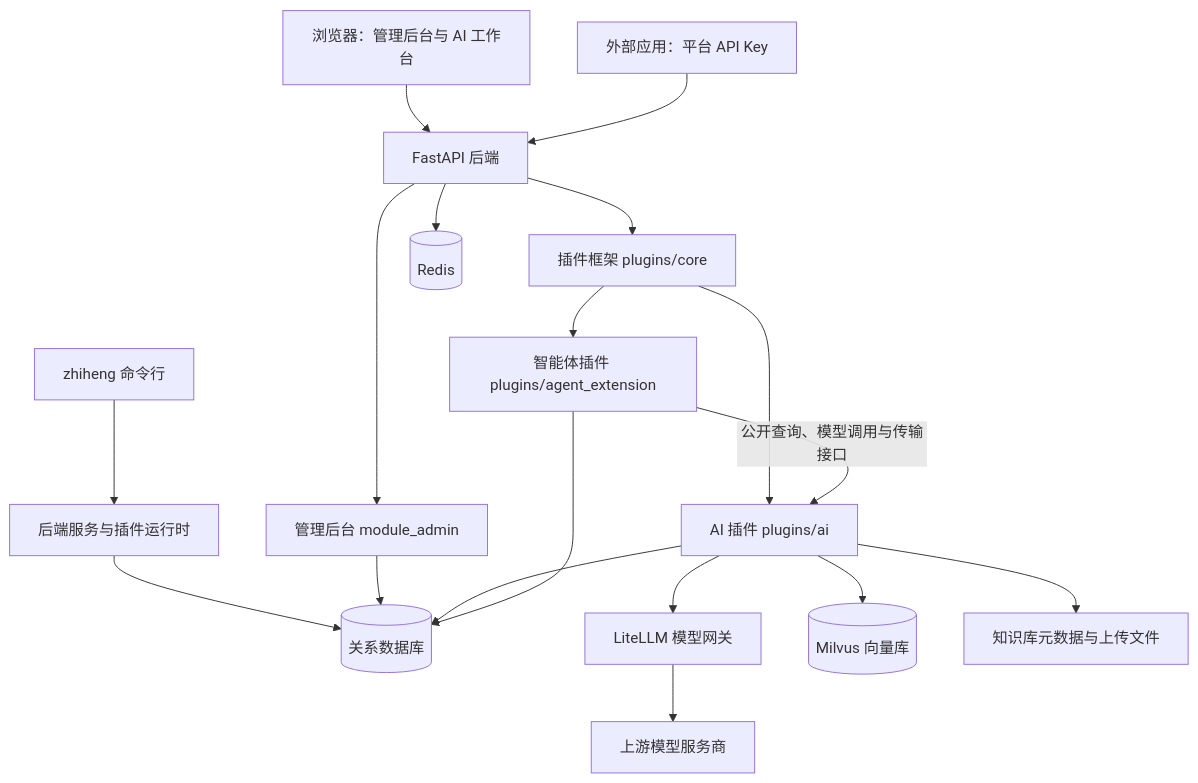
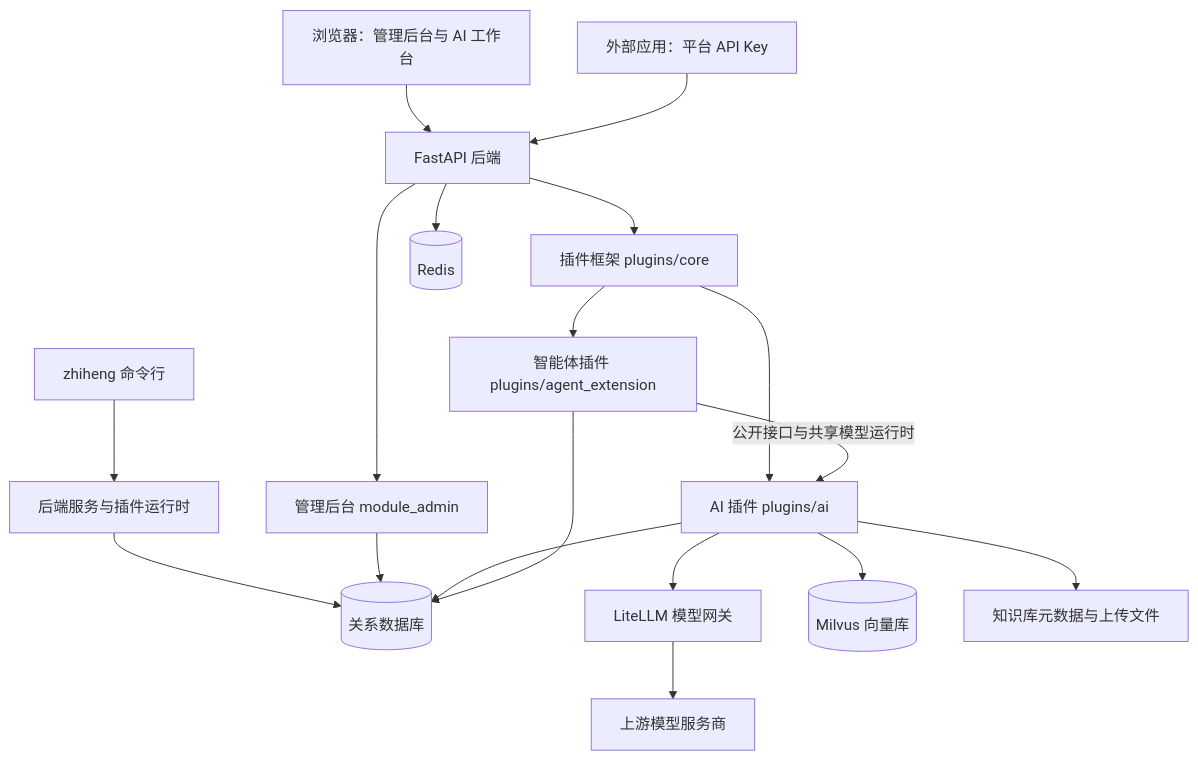
Before and after one commit to JINAN-xxx/Zhiheng: the first of 3 diagrams in zhiheng-fastapi-backend/docs/后端目录说明.md, drawn with Mermaid. The commit also changed other lines of this file, not shown here.

````diff
--- a/zhiheng-fastapi-backend/docs/后端目录说明.md
+++ b/zhiheng-fastapi-backend/docs/后端目录说明.md
@@ -17,20 +23,20 @@
 ```mermaid
 flowchart TD
     Web[浏览器：管理后台与 AI 工作台] --> App[FastAPI 后端]
     Client[外部应用：平台 API Key] --> App
     CLI[zhiheng 命令行] --> Services[后端服务与插件运行时]
     App --> Admin[管理后台 module_admin]
     App --> PluginCore[插件框架 plugins/core]
     PluginCore --> AI[AI 插件 plugins/ai]
     PluginCore --> Agent[智能体插件 plugins/agent_extension]
-    Agent -->|公开查询、模型调用与传输接口| AI
+    Agent -->|公开接口与共享模型运行时| AI
     Services --> PG[(关系数据库)]
     Admin --> PG
     AI --> PG
     Agent --> PG
     App --> Redis[(Redis)]
     AI --> Gateway[LiteLLM 模型网关]
     Gateway --> Provider[上游模型服务商]
     AI --> Milvus[(Milvus 向量库)]
     AI --> Files[知识库元数据与上传文件]
 ```
````
